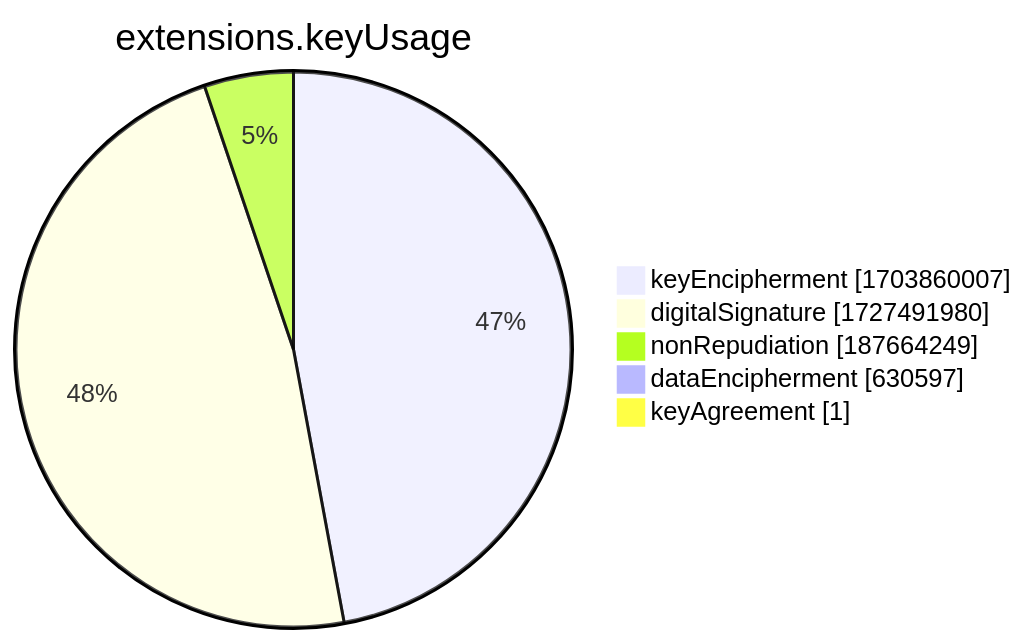
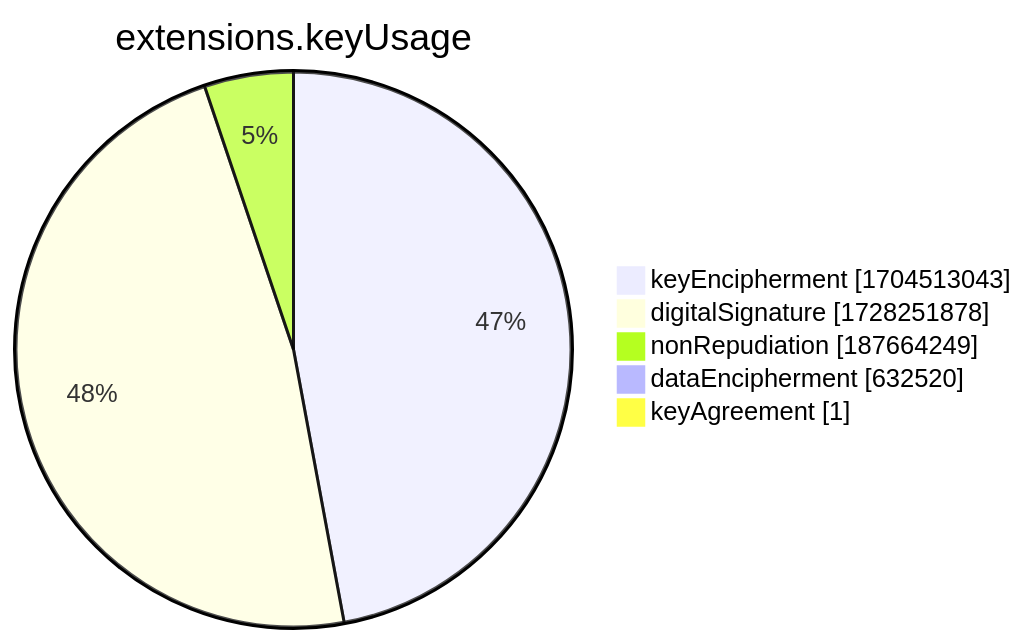
One commit to christiankrug/ctmonitor_visualization changed the seventh of 15 diagrams in xenon2022/README.md. Above: the diagram before and after it, drawn with Mermaid. The commit also changed other lines of this file, not shown here.

````diff
--- a/xenon2022/README.md
+++ b/xenon2022/README.md
@@ -2858,9 +2858,9 @@
 ```mermaid
 pie showData
 title extensions.keyUsage
-"keyEncipherment" :1703860007
-"digitalSignature" :1727491980
+"keyEncipherment" :1704513043
+"digitalSignature" :1728251878
 "nonRepudiation" :187664249
-"dataEncipherment" :630597
+"dataEncipherment" :632520
 "keyAgreement" :1
 ```
````
